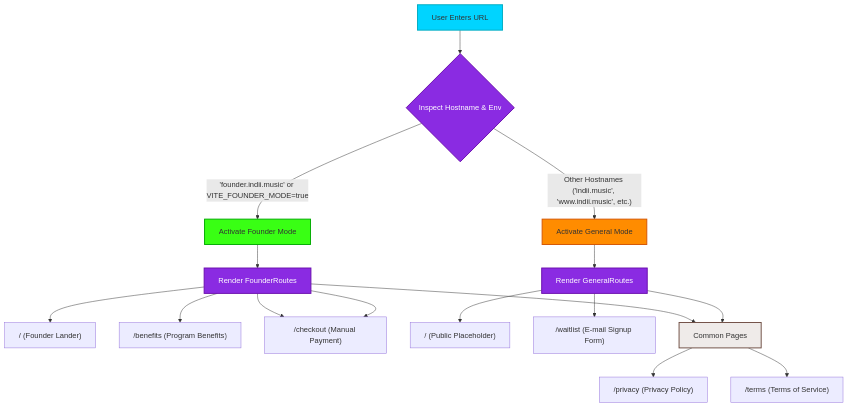
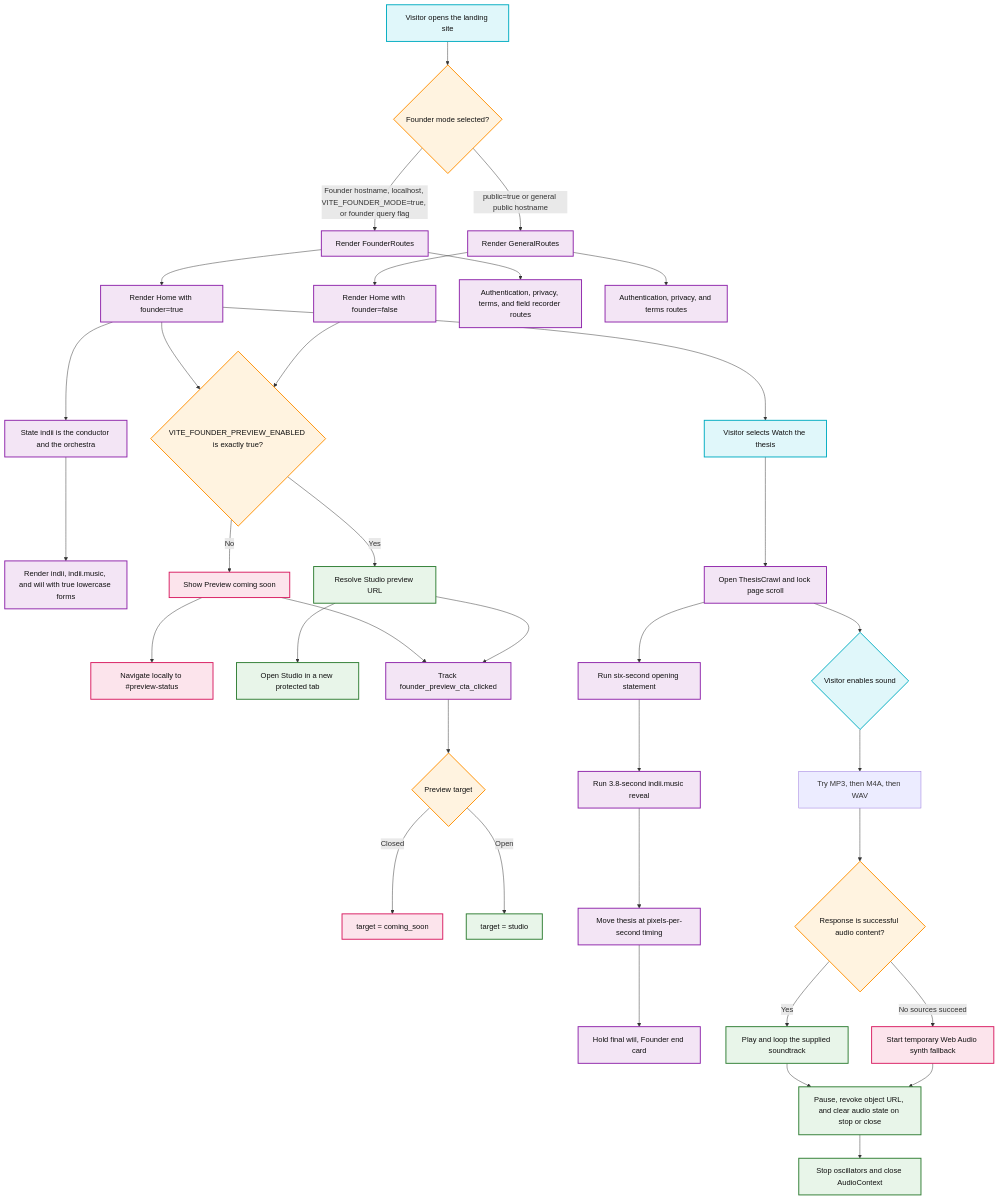
The diagram in docs/flowcharts/founder-dynamic-routing.md (indii-music-founder/indii-music-founder), drawn with Mermaid before and after one commit. The commit also changed other lines of this file and 23 other files, not shown here.

Commit message:
fix(brand): protect indii and wiil identity

````diff
--- a/docs/flowcharts/founder-dynamic-routing.md
+++ b/docs/flowcharts/founder-dynamic-routing.md
@@ -7,34 +7,54 @@
 ```mermaid
-graph TD
-    UserRequest["User Enters URL"] --> InspectHost{"Inspect Hostname & Env"}
-    
-    InspectHost -->|"'founder.indii.music' or VITE_FOUNDER_MODE=true"| MatchFounder["Activate Founder Mode"]
-    InspectHost -->|"Other Hostnames ('indii.music', 'www.indii.music', etc.)"| MatchGeneral["Activate General Mode"]
-    
-    MatchFounder --> FounderRoutes["Render FounderRoutes"]
-    MatchGeneral --> GeneralRoutes["Render GeneralRoutes"]
-    
-    %% Founder Mode Route Sub-Tree
-    FounderRoutes --> FHome["/ (Founder Lander)"]
-    FounderRoutes --> FBenefits["/benefits (Program Benefits)"]
-    FounderRoutes --> FCheckout["/checkout (Manual Buy-In Info)"]
-    FounderRoutes --> FCheckout["/checkout (Manual Payment)"]
-    
-    %% General Mode Route Sub-Tree
-    GeneralRoutes --> GHome["/ (Public Placeholder)"]
-    GeneralRoutes --> GWaitlist["/waitlist (E-mail Signup Form)"]
-    
-    %% Shared Infrastructure & Common Routes
-    FounderRoutes --> SharedElements["Common Pages"]
-    GeneralRoutes --> SharedElements
-    SharedElements --> Privacy["/privacy (Privacy Policy)"]
-    SharedElements --> Terms["/terms (Terms of Service)"]
-    
-    style UserRequest fill:#00D4FF,stroke:#00acc1,stroke-width:2px
-    style InspectHost fill:#8A2BE2,stroke:#6a0dad,stroke-width:2px,color:#fff
-    style MatchFounder fill:#39FF14,stroke:#00aa00,stroke-width:2px
-    style MatchGeneral fill:#FF8C00,stroke:#d35400,stroke-width:2px
-    style FounderRoutes fill:#8A2BE2,stroke:#6a0dad,stroke-width:2px,color:#fff
-    style GeneralRoutes fill:#8A2BE2,stroke:#6a0dad,stroke-width:2px,color:#fff
-    style SharedElements fill:#efebe9,stroke:#6d4c41,stroke-width:2px
+flowchart TD
+    Request["Visitor opens the landing site"] --> ModeGate{"Founder mode selected?"}
+    ModeGate -->|"Founder hostname, localhost, VITE_FOUNDER_MODE=true, or founder query flag"| FounderRoutes["Render FounderRoutes"]
+    ModeGate -->|"public=true or general public hostname"| GeneralRoutes["Render GeneralRoutes"]
+
+    FounderRoutes --> FounderHome["Render Home with founder=true"]
+    GeneralRoutes --> PublicHome["Render Home with founder=false"]
+    FounderRoutes --> SharedRoutes["Authentication, privacy, terms, and field recorder routes"]
+    GeneralRoutes --> PublicSharedRoutes["Authentication, privacy, and terms routes"]
+
+    FounderHome --> PreviewGate{"VITE_FOUNDER_PREVIEW_ENABLED is exactly true?"}
+    PublicHome --> PreviewGate
+    FounderHome --> BrandPromise["State indii is the conductor and the orchestra"]
+    BrandPromise --> ProtectedMarks["Render indii, indii.music, and wiil with true lowercase forms"]
+    PreviewGate -->|No| ClosedCTA["Show Preview coming soon"]
+    ClosedCTA --> StatusAnchor["Navigate locally to #preview-status"]
+    PreviewGate -->|Yes| OpenCTA["Resolve Studio preview URL"]
+    OpenCTA --> Studio["Open Studio in a new protected tab"]
+
+    ClosedCTA --> Funnel["Track founder_preview_cta_clicked"]
+    OpenCTA --> Funnel
+    Funnel --> TargetLabel{"Preview target"}
+    TargetLabel -->|Closed| ComingSoonTarget["target = coming_soon"]
+    TargetLabel -->|Open| StudioTarget["target = studio"]
+
+    FounderHome --> ThesisButton["Visitor selects Watch the thesis"]
+    ThesisButton --> ThesisModal["Open ThesisCrawl and lock page scroll"]
+    ThesisModal --> Intro["Run six-second opening statement"]
+    Intro --> LogoReveal["Run 3.8-second indii.music reveal"]
+    LogoReveal --> Crawl["Move thesis at pixels-per-second timing"]
+    Crawl --> EndCard["Hold final wiil, Founder end card"]
+
+    ThesisModal --> AudioAction{"Visitor enables sound"}
+    AudioAction --> AudioCandidates["Try MP3, then M4A, then WAV"]
+    AudioCandidates --> AudioValidation{"Response is successful audio content?"}
+    AudioValidation -->|Yes| LoopTrack["Play and loop the supplied soundtrack"]
+    AudioValidation -->|No sources succeed| SynthFallback["Start temporary Web Audio synth fallback"]
+    LoopTrack --> AudioCleanup["Pause, revoke object URL, and clear audio state on stop or close"]
+    SynthFallback --> AudioCleanup
+    AudioCleanup --> CloseContext["Stop oscillators and close AudioContext"]
+
+    classDef user fill:#e0f7fa,stroke:#00acc1,stroke-width:2px,color:#111
+    classDef logic fill:#f3e5f5,stroke:#8e24aa,stroke-width:2px,color:#111
+    classDef gate fill:#fff3e0,stroke:#ff8f00,stroke-width:2px,color:#111
+    classDef safe fill:#e8f5e9,stroke:#2e7d32,stroke-width:2px,color:#111
+    classDef closed fill:#fce4ec,stroke:#d81b60,stroke-width:2px,color:#111
+
+    class Request,ThesisButton,AudioAction user
+    class FounderRoutes,GeneralRoutes,FounderHome,PublicHome,SharedRoutes,PublicSharedRoutes,BrandPromise,ProtectedMarks,ThesisModal,Intro,LogoReveal,Crawl,EndCard,Funnel logic
+    class ModeGate,PreviewGate,TargetLabel,AudioValidation gate
+    class OpenCTA,Studio,StudioTarget,LoopTrack,AudioCleanup,CloseContext safe
+    class ClosedCTA,StatusAnchor,ComingSoonTarget,SynthFallback closed
 ```
````
